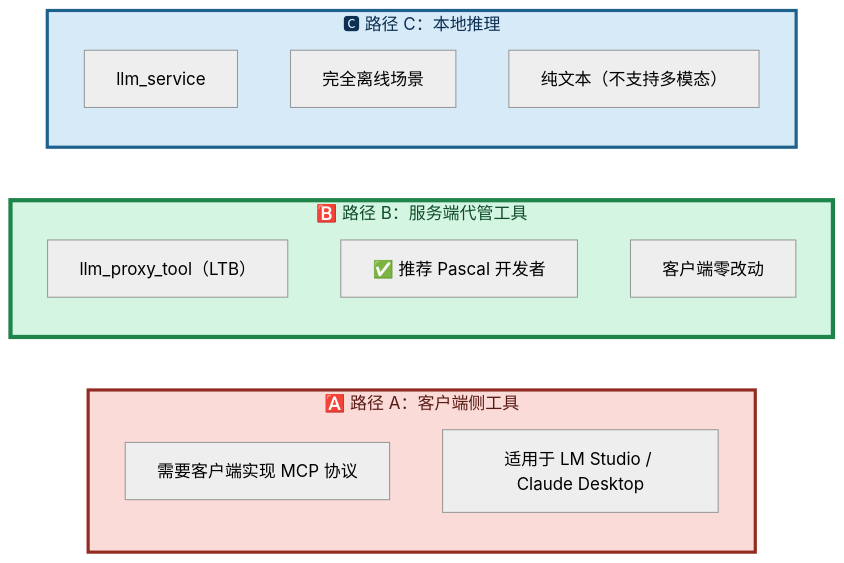
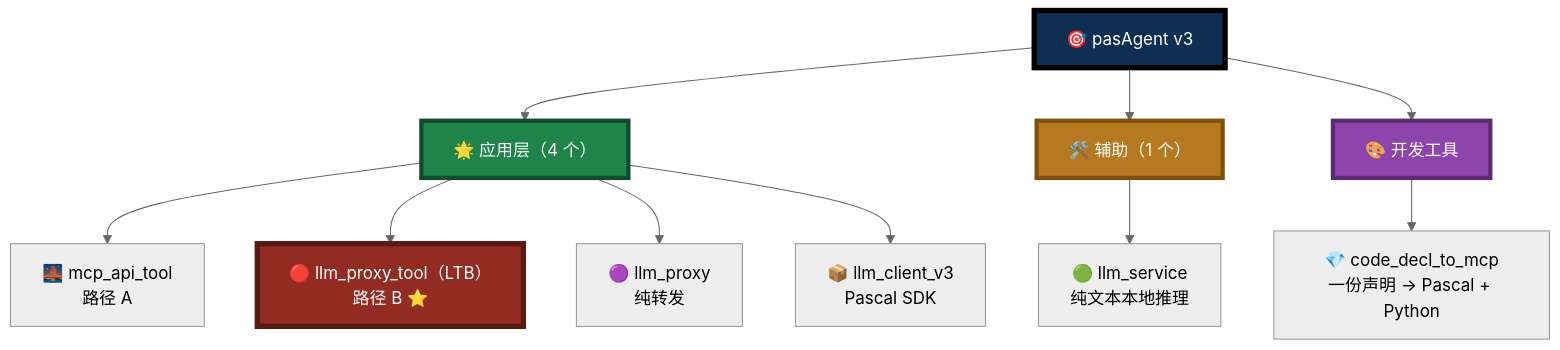
One commit to PassByYou888/LingoFuse-pasAgent-v3 changed the second of 12 diagrams in Pascal_Integration_Guide.md. Above: the diagram before and after it, drawn with Mermaid (neutral theme). The commit also changed other lines of this file, not shown here.

````diff
--- a/Pascal_Integration_Guide.md
+++ b/Pascal_Integration_Guide.md
@@ -141,23 +62,23 @@
 ```mermaid
-flowchart LR
-    subgraph PathA["🅰️ 路径 A：客户端侧工具"]
-        A1["需要客户端实现 MCP 协议"]
-        A2["适用于 LM Studio / Claude Desktop"]
-    end
+flowchart TB
+    ROOT["🎯 pasAgent v3"]
 
-    subgraph PathB["🅱️ 路径 B：服务端代管工具"]
-        B1["llm_proxy_tool（LTB）"]
-        B2["✅ 推荐 Pascal 开发者"]
-        B3["客户端零改动"]
-    end
+    ROOT --> APPS["🌟 应用层（4 个）"]
+    ROOT --> AUX["🛠️ 辅助（1 个）"]
+    ROOT --> DEV["🎨 开发工具"]
 
-    subgraph PathC["🅲 路径 C：本地推理"]
-        C1["llm_service"]
-        C2["完全离线场景"]
-        C3["纯文本（不支持多模态）"]
-    end
+    APPS --> A1["🌉 mcp_api_tool<br/>路径 A"]
+    APPS --> A2["🔴 llm_proxy_tool（LTB）<br/>路径 B ⭐"]
+    APPS --> A3["🟣 llm_proxy<br/>纯转发"]
+    APPS --> A4["📦 llm_client_v3<br/>Pascal SDK"]
 
-    style PathA fill:#FADBD8,stroke:#922B21,stroke-width:3px,color:#5A1A14
-    style PathB fill:#D5F5E3,stroke:#1E8449,stroke-width:4px,color:#0E4D2A
-    style PathC fill:#D6EAF8,stroke:#1F618D,stroke-width:3px,color:#0D2F52
+    AUX --> B1["🟢 llm_service<br/>纯文本本地推理"]
+
+    DEV --> C1["💎 code_decl_to_mcp<br/>一份声明 → Pascal + Python"]
+
+    style ROOT fill:#0D2F52,stroke:#000000,stroke-width:5px,color:#FFFFFF
+    style APPS fill:#1E8449,stroke:#0E4D2A,stroke-width:4px,color:#FFFFFF
+    style AUX fill:#B7791F,stroke:#7E5109,stroke-width:4px,color:#FFFFFF
+    style DEV fill:#8E44AD,stroke:#5B2C6F,stroke-width:4px,color:#FFFFFF
+    style A2 fill:#922B21,stroke:#5A1A14,stroke-width:5px,color:#FFFFFF
 ```
````
